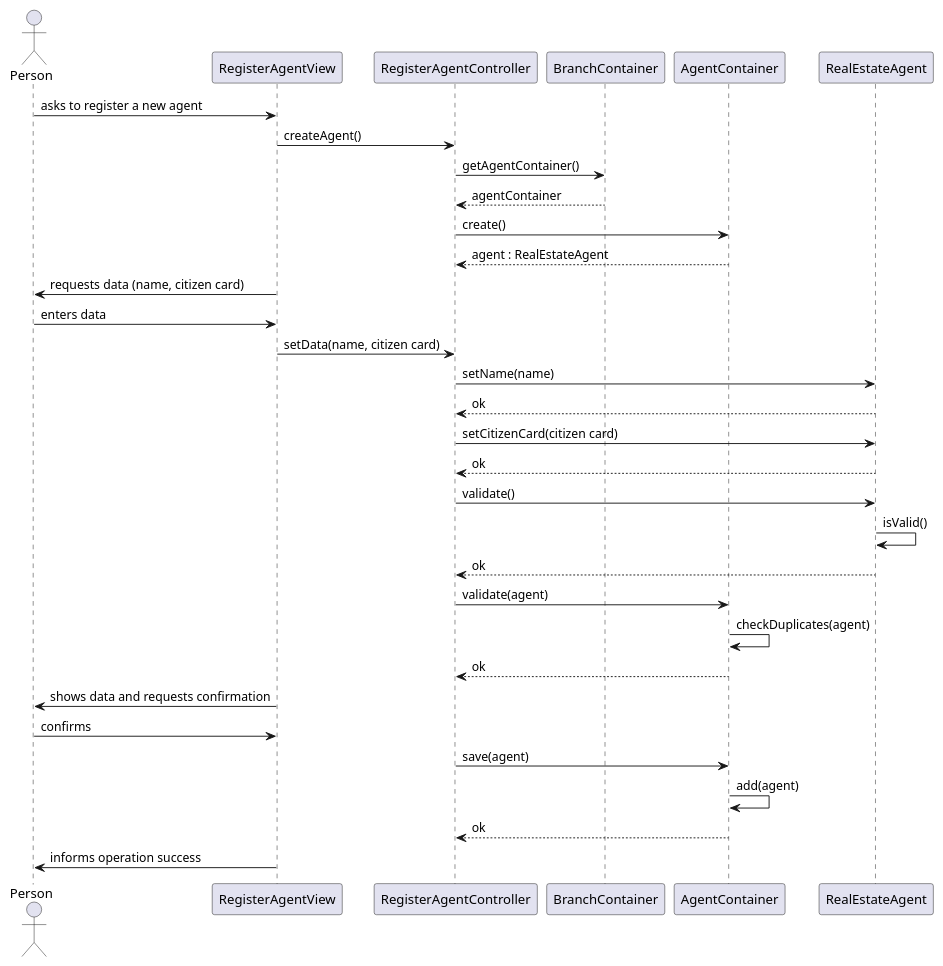
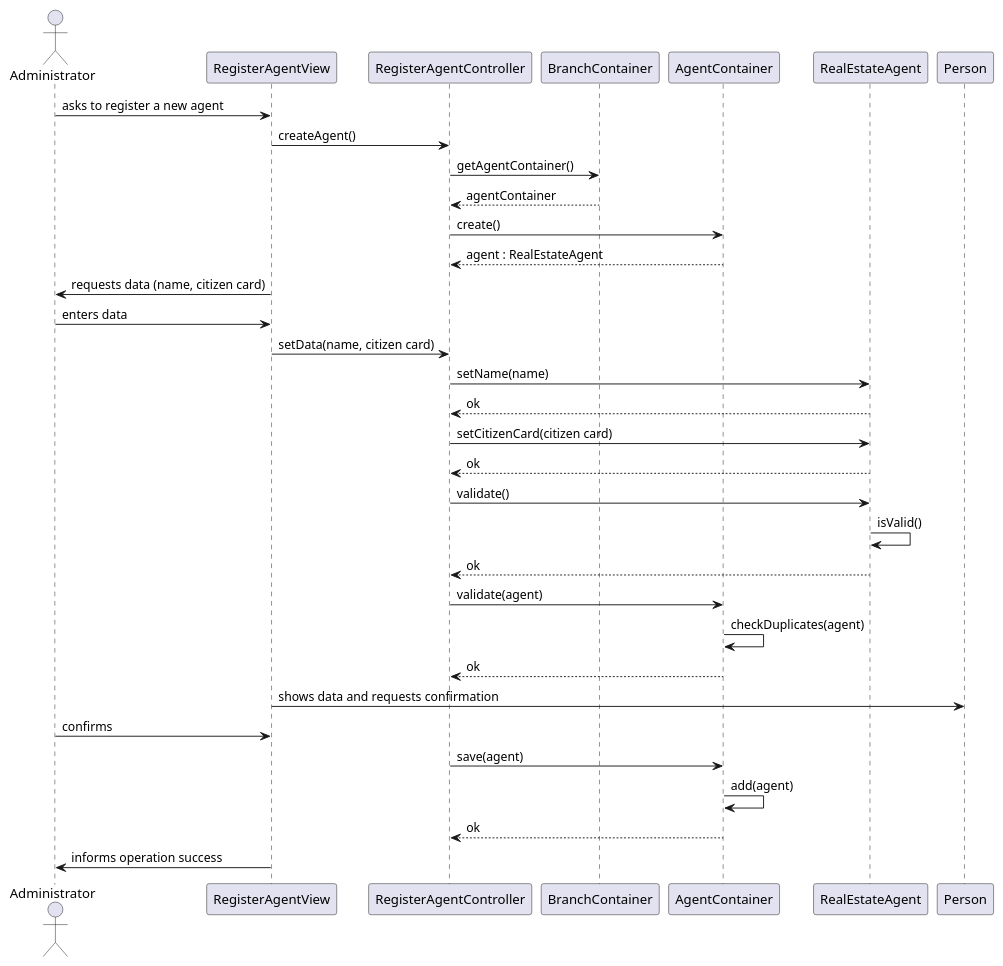
One commit to goncalomaia18/leti-esoft-24-25-A2 changed the diagram in docs/Sprint2/US11/US11-SD.puml. Above: the diagram before and after it, drawn with PlantUML. The commit also changed 5 other files, not shown here.

```diff
--- a/docs/Sprint2/US11/US11-SD.puml
+++ b/docs/Sprint2/US11/US11-SD.puml
@@ -1,48 +1,48 @@
- @startuml
+@startuml
 hide circle
 skinparam classAttributeIconSize 0
 
-actor Person
+actor Administrator
 
 participant RegisterAgentView
 participant RegisterAgentController
 participant BranchContainer
 participant AgentContainer
 participant RealEstateAgent
 
-Person -> RegisterAgentView : asks to register a new agent
+Administrator -> RegisterAgentView : asks to register a new agent
 RegisterAgentView -> RegisterAgentController : createAgent()
 
 RegisterAgentController -> BranchContainer : getAgentContainer()
 BranchContainer --> RegisterAgentController : agentContainer
 
 RegisterAgentController -> AgentContainer : create()
 AgentContainer --> RegisterAgentController : agent : RealEstateAgent
 
-RegisterAgentView -> Person : requests data (name, citizen card)
-Person -> RegisterAgentView : enters data
+RegisterAgentView -> Administrator : requests data (name, citizen card)
+Administrator -> RegisterAgentView : enters data
 
 RegisterAgentView -> RegisterAgentController : setData(name, citizen card)
 RegisterAgentController -> RealEstateAgent : setName(name)
 RealEstateAgent --> RegisterAgentController : ok
 RegisterAgentController -> RealEstateAgent : setCitizenCard(citizen card)
 RealEstateAgent --> RegisterAgentController : ok
 
 RegisterAgentController -> RealEstateAgent : validate()
 RealEstateAgent -> RealEstateAgent : isValid()
 RealEstateAgent --> RegisterAgentController : ok
 
 RegisterAgentController -> AgentContainer : validate(agent)
 AgentContainer -> AgentContainer : checkDuplicates(agent)
 AgentContainer --> RegisterAgentController : ok
 
 RegisterAgentView -> Person : shows data and requests confirmation
-Person -> RegisterAgentView : confirms
+Administrator -> RegisterAgentView : confirms
 
 RegisterAgentController -> AgentContainer : save(agent)
 AgentContainer -> AgentContainer : add(agent)
 AgentContainer --> RegisterAgentController : ok
 
-RegisterAgentView -> Person : informs operation success
+RegisterAgentView -> Administrator : informs operation success
 
 @enduml
```
